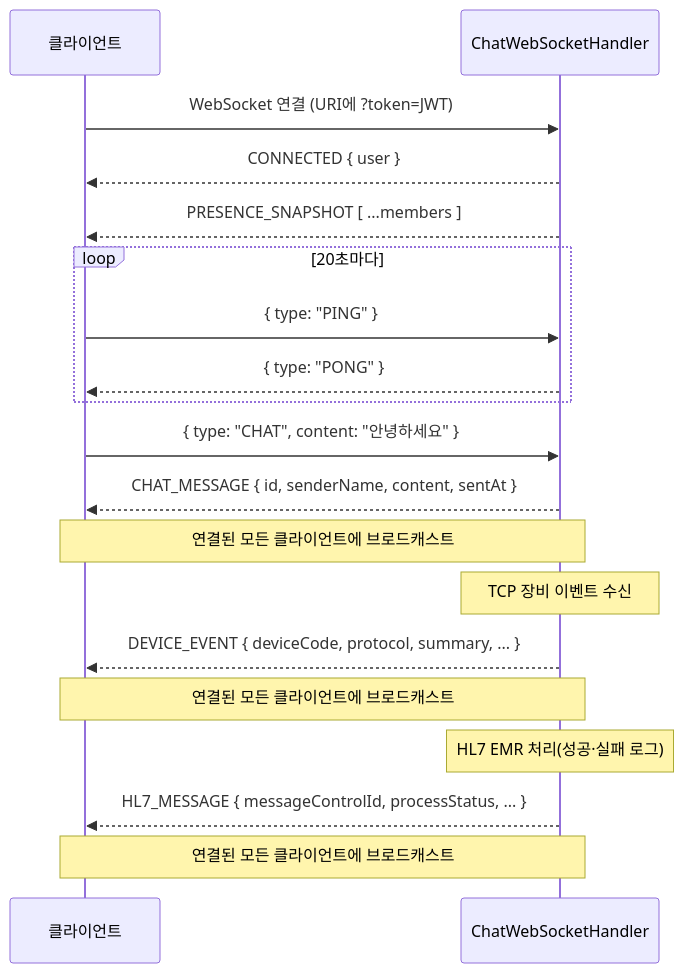
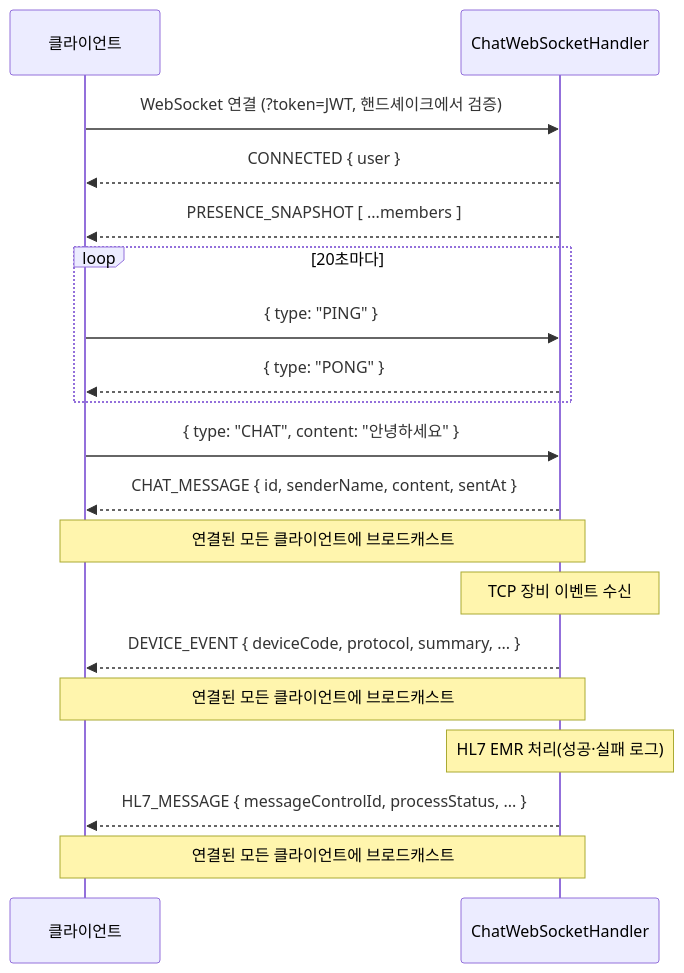
One commit to skyleedevzero86/carebridge-platform changed the sixth of 8 diagrams in README.md. Above: the diagram before and after it, drawn with Mermaid. The commit also changed other lines of this file and 69 other files, not shown here.

````diff
--- a/README.md
+++ b/README.md
@@ -512,26 +577,26 @@
 ```mermaid
 sequenceDiagram
     participant C as 클라이언트
     participant S as ChatWebSocketHandler
 
-    C->>S: WebSocket 연결 (URI에 ?token=JWT)
+    C->>S: WebSocket 연결 (?token=JWT, 핸드셰이크에서 검증)
     S-->>C: CONNECTED { user }
     S-->>C: PRESENCE_SNAPSHOT [ ...members ]
 
     loop 20초마다
         C->>S: { type: "PING" }
         S-->>C: { type: "PONG" }
     end
 
     C->>S: { type: "CHAT", content: "안녕하세요" }
     S-->>C: CHAT_MESSAGE { id, senderName, content, sentAt }
     Note over S,C: 연결된 모든 클라이언트에 브로드캐스트
 
     Note over S: TCP 장비 이벤트 수신
     S-->>C: DEVICE_EVENT { deviceCode, protocol, summary, ... }
     Note over S,C: 연결된 모든 클라이언트에 브로드캐스트
 
     Note over S: HL7 EMR 처리(성공·실패 로그)
     S-->>C: HL7_MESSAGE { messageControlId, processStatus, ... }
     Note over S,C: 연결된 모든 클라이언트에 브로드캐스트
 ```
````
